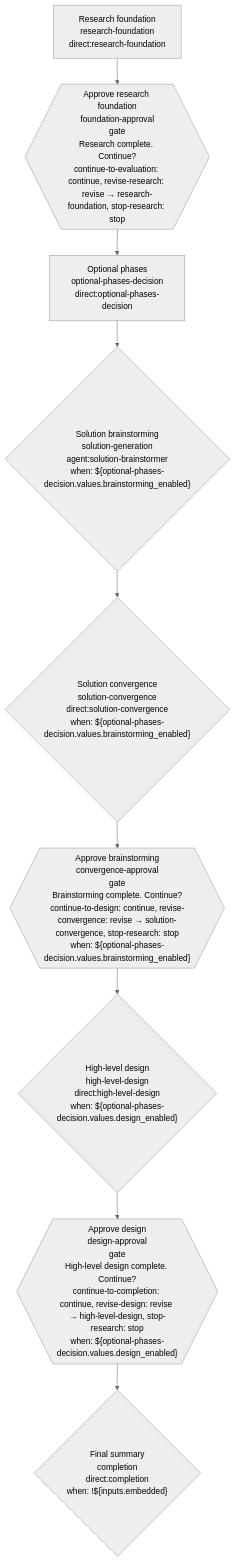
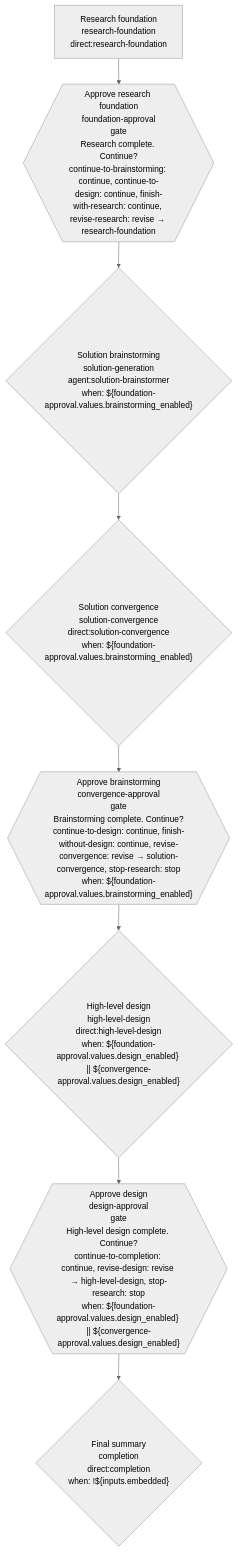
Before and after one commit to SkillPanel/maister: the diagram in plugins/maister/skills/workflow-engine/workflows/research.mmd, drawn with Mermaid (neutral theme). The commit also changed 13 other files, not shown here.

First line of the commit message:
Decide research's optional stretches at its gates

```diff
--- a/plugins/maister/skills/workflow-engine/workflows/research.mmd
+++ b/plugins/maister/skills/workflow-engine/workflows/research.mmd
@@ -1,24 +1,22 @@
 %% generated from the workflow definition — regenerate, do not edit
 %% workflow: research
-%% graph_hash: sha256:20cb130b87b682fb799a5569d3475ed8d1128eed5de5b3eb1a9cabc1c3d1eb26
+%% graph_hash: sha256:9a2ca298f6d66f9f1fde58f34475ee571ac10a622717b1cbe82cf5ef0a30168a
 
 flowchart TD
   n_research_foundation["Research foundation<br/>research-foundation<br/>direct:research-foundation"]
-  n_foundation_approval{{"Approve research foundation<br/>foundation-approval<br/>gate<br/>Research complete. Continue?<br/>continue-to-evaluation: continue, revise-research: revise → research-foundation, stop-research: stop"}}
-  n_optional_phases_decision["Optional phases<br/>optional-phases-decision<br/>direct:optional-phases-decision"]
-  n_solution_generation{"Solution brainstorming<br/>solution-generation<br/>agent:solution-brainstormer<br/>when: ${optional-phases-decision.values.brainstorming_enabled}"}
-  n_solution_convergence{"Solution convergence<br/>solution-convergence<br/>direct:solution-convergence<br/>when: ${optional-phases-decision.values.brainstorming_enabled}"}
-  n_convergence_approval{{"Approve brainstorming<br/>convergence-approval<br/>gate<br/>Brainstorming complete. Continue?<br/>continue-to-design: continue, revise-convergence: revise → solution-convergence, stop-research: stop<br/>when: ${optional-phases-decision.values.brainstorming_enabled}"}}
-  n_high_level_design{"High-level design<br/>high-level-design<br/>direct:high-level-design<br/>when: ${optional-phases-decision.values.design_enabled}"}
-  n_design_approval{{"Approve design<br/>design-approval<br/>gate<br/>High-level design complete. Continue?<br/>continue-to-completion: continue, revise-design: revise → high-level-design, stop-research: stop<br/>when: ${optional-phases-decision.values.design_enabled}"}}
+  n_foundation_approval{{"Approve research foundation<br/>foundation-approval<br/>gate<br/>Research complete. Continue?<br/>continue-to-brainstorming: continue, continue-to-design: continue, finish-with-research: continue, revise-research: revise → research-foundation"}}
+  n_solution_generation{"Solution brainstorming<br/>solution-generation<br/>agent:solution-brainstormer<br/>when: ${foundation-approval.values.brainstorming_enabled}"}
+  n_solution_convergence{"Solution convergence<br/>solution-convergence<br/>direct:solution-convergence<br/>when: ${foundation-approval.values.brainstorming_enabled}"}
+  n_convergence_approval{{"Approve brainstorming<br/>convergence-approval<br/>gate<br/>Brainstorming complete. Continue?<br/>continue-to-design: continue, finish-without-design: continue, revise-convergence: revise → solution-convergence, stop-research: stop<br/>when: ${foundation-approval.values.brainstorming_enabled}"}}
+  n_high_level_design{"High-level design<br/>high-level-design<br/>direct:high-level-design<br/>when: ${foundation-approval.values.design_enabled} || ${convergence-approval.values.design_enabled}"}
+  n_design_approval{{"Approve design<br/>design-approval<br/>gate<br/>High-level design complete. Continue?<br/>continue-to-completion: continue, revise-design: revise → high-level-design, stop-research: stop<br/>when: ${foundation-approval.values.design_enabled} || ${convergence-approval.values.design_enabled}"}}
   n_completion{"Final summary<br/>completion<br/>direct:completion<br/>when: !${inputs.embedded}"}
   n_research_foundation --> n_foundation_approval
-  n_foundation_approval --> n_optional_phases_decision
-  n_optional_phases_decision --> n_solution_generation
+  n_foundation_approval --> n_solution_generation
   n_solution_generation --> n_solution_convergence
   n_solution_convergence --> n_convergence_approval
   n_convergence_approval --> n_high_level_design
   n_high_level_design --> n_design_approval
   n_design_approval --> n_completion
   class n_foundation_approval,n_convergence_approval,n_design_approval gate
   class n_solution_generation,n_solution_convergence,n_convergence_approval,n_high_level_design,n_design_approval,n_completion conditional
```
